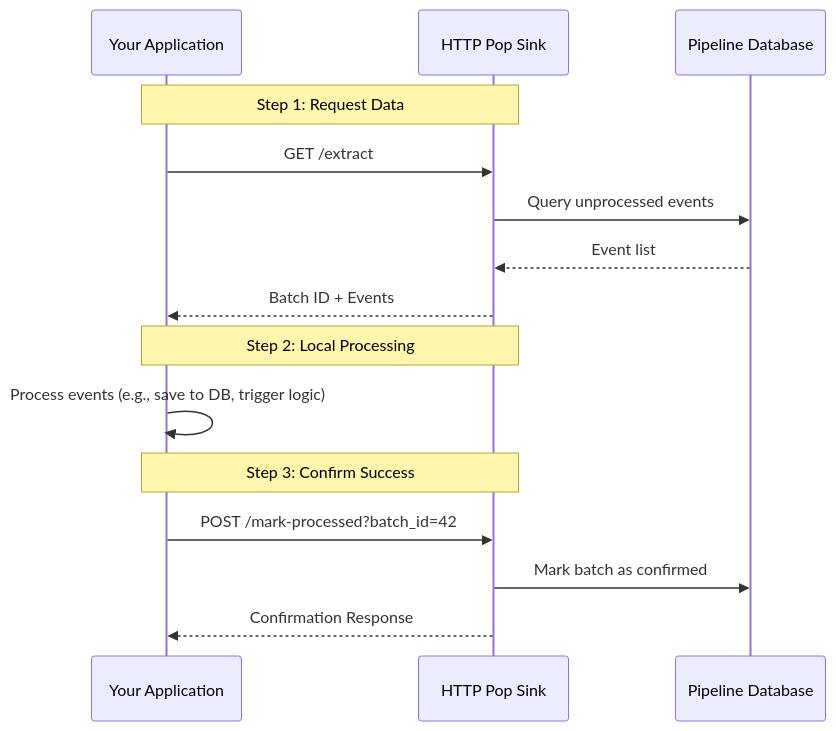
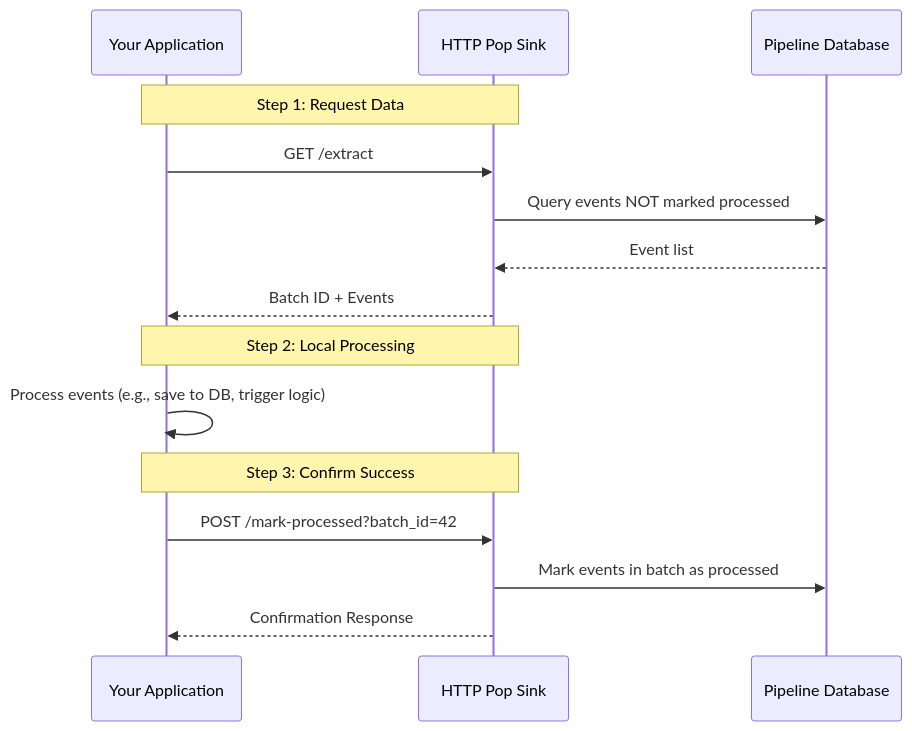
Before and after one commit to dobrakmato/inboxclaw: the diagram in docs/sink-http-pop.md, drawn with Mermaid. The commit also changed other lines of this file and 13 other files, not shown here.

````diff
--- a/docs/sink-http-pop.md
+++ b/docs/sink-http-pop.md
@@ -20,20 +20,20 @@
 ```mermaid
 sequenceDiagram
     participant App as Your Application
     participant Sink as HTTP Pop Sink
     participant DB as Pipeline Database
 
     Note over App, Sink: Step 1: Request Data
     App->>Sink: GET /extract
-    Sink->>DB: Query unprocessed events
+    Sink->>DB: Query events NOT marked processed
     DB-->>Sink: Event list
     Sink-->>App: Batch ID + Events
 
     Note over App, Sink: Step 2: Local Processing
     App->>App: Process events (e.g., save to DB, trigger logic)
 
     Note over App, Sink: Step 3: Confirm Success
     App->>Sink: POST /mark-processed?batch_id=42
-    Sink->>DB: Mark batch as confirmed
+    Sink->>DB: Mark events in batch as processed
     Sink-->>App: Confirmation Response
 ```
````
